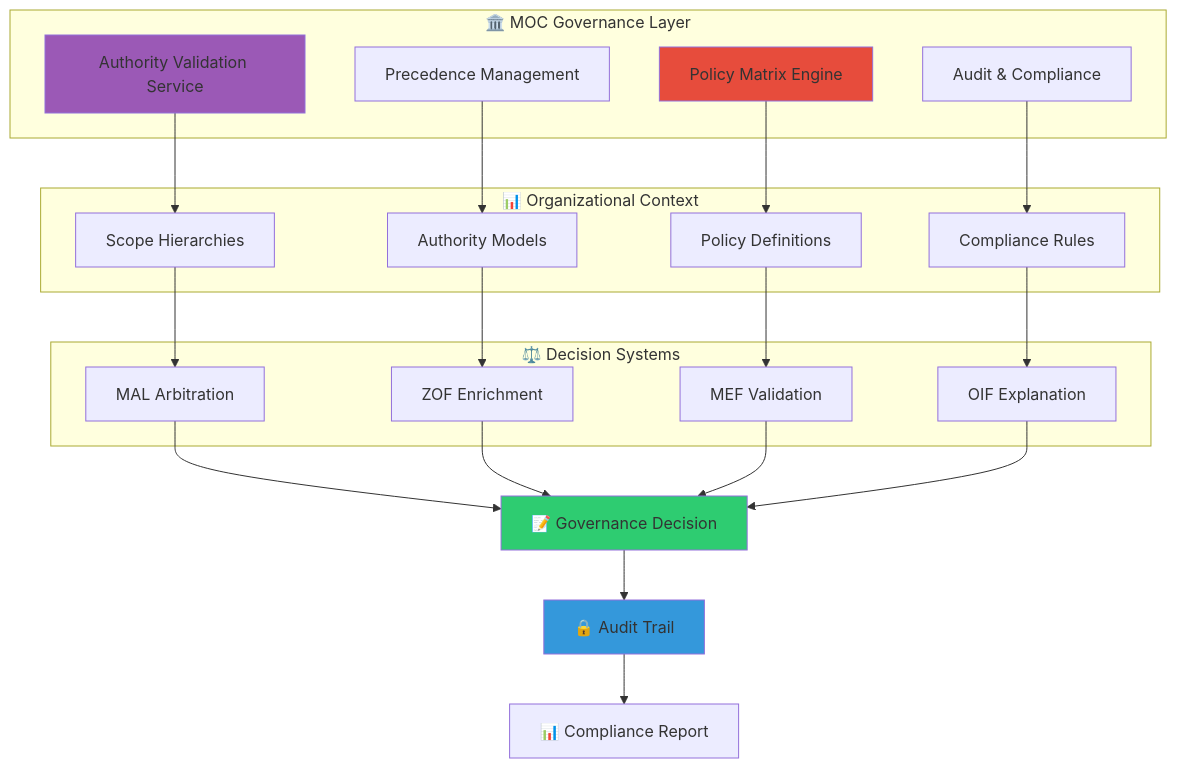
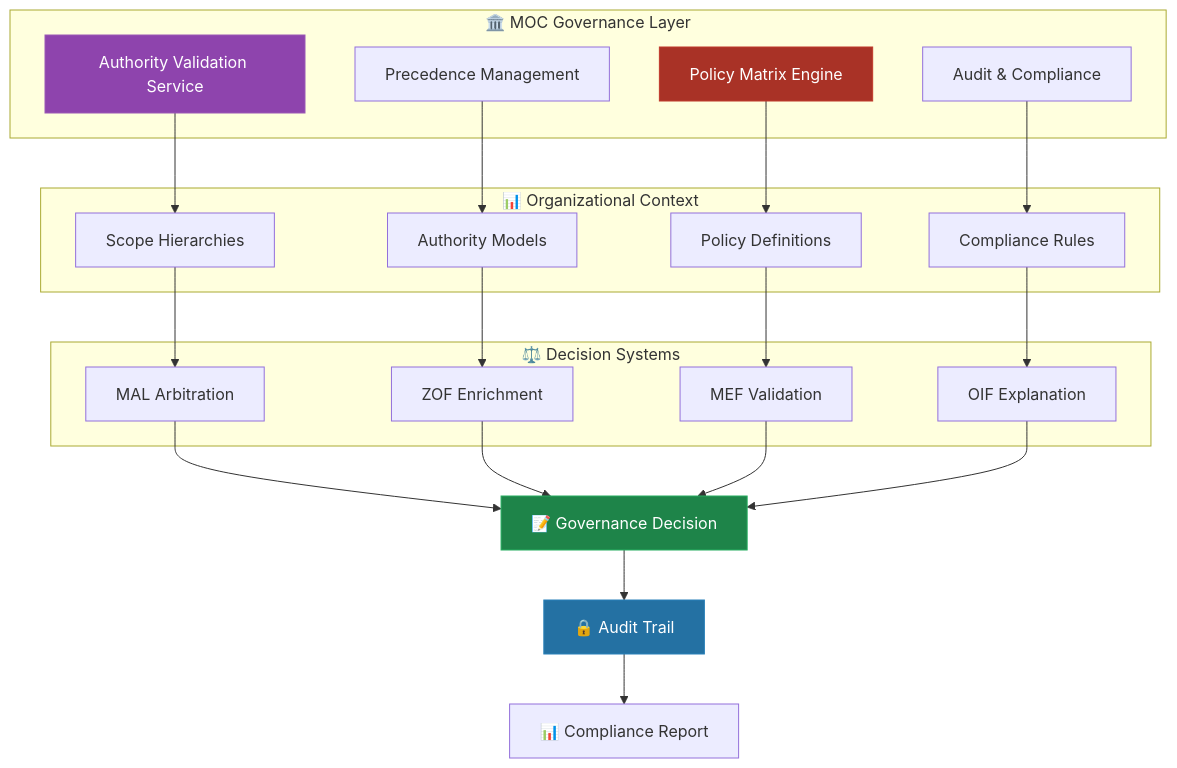
Before and after one commit to casheiro/matrix-protocol: the first of 4 diagrams in content/pt/docs/manual/moc-governance.md, drawn with Mermaid. The commit also changed other lines of this file and 36 other files, not shown here.

````diff
--- a/content/pt/docs/manual/moc-governance.md
+++ b/content/pt/docs/manual/moc-governance.md
@@ -38,46 +38,47 @@
 ```mermaid
 graph TB
     subgraph "🏛️ MOC Governance Layer"
         A[Authority Validation Service]
         B[Precedence Management]
         C[Policy Matrix Engine]
         D[Audit & Compliance]
     end
     
     subgraph "📊 Organizational Context"
         E[Scope Hierarchies]
         F[Authority Models]
         G[Policy Definitions]
         H[Compliance Rules]
     end
     
     subgraph "⚖️ Decision Systems"
         I[MAL Arbitration]
         J[ZOF Enrichment]
         K[MEF Validation]
         L[OIF Explanation]
     end
     
     A --> E
     B --> F
     C --> G
     D --> H
     
     E --> I
     F --> J
     G --> K
     H --> L
     
     I --> M[📝 Governance Decision]
     J --> M
     K --> M
     L --> M
     
     M --> N[🔒 Audit Trail]
     N --> O[📊 Compliance Report]
     
-    style A fill:#9b59b6
-    style C fill:#e74c3c
-    style M fill:#2ecc71
-    style N fill:#3498db
+    %% Estilização MOC Governance - Hierarquia clara
+    style A fill:#8E44AD,stroke:#9B59B6,color:#fff
+    style C fill:#A93226,stroke:#C0392B,color:#fff
+    style M fill:#1E8449,stroke:#27AE60,color:#fff
+    style N fill:#2471A3,stroke:#2980B9,color:#fff
 ```
````
